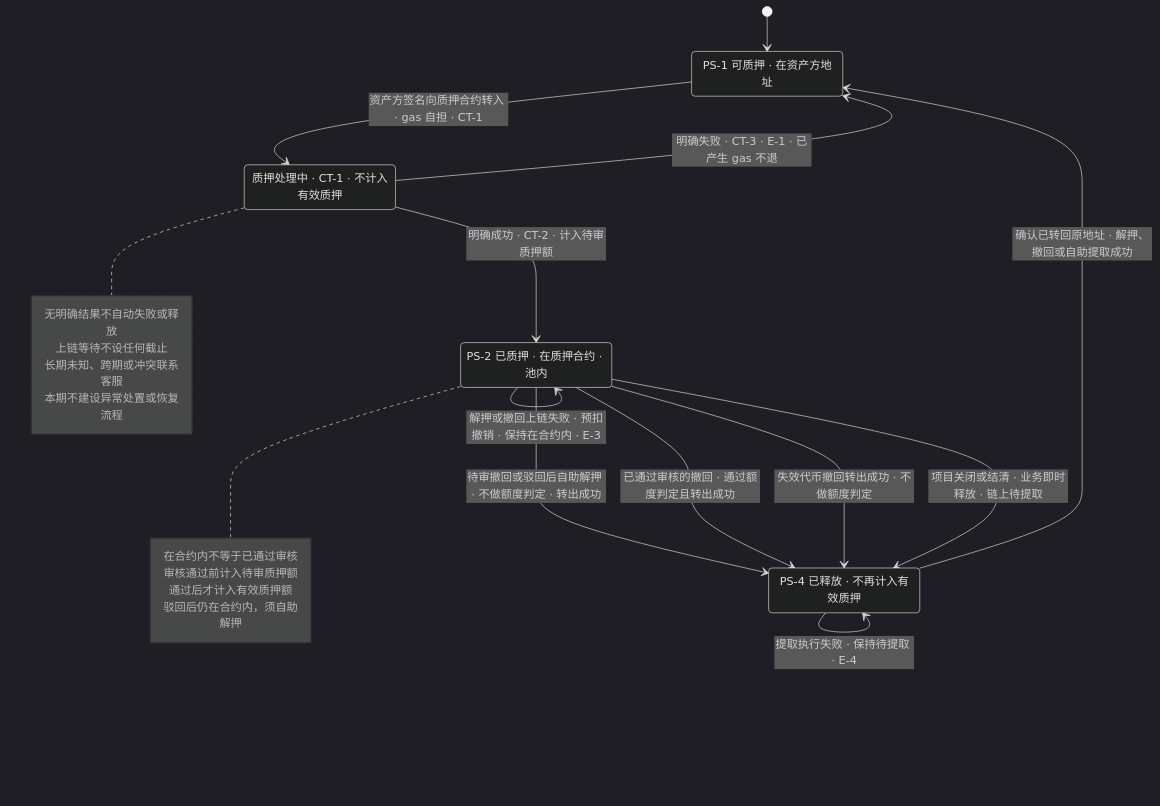
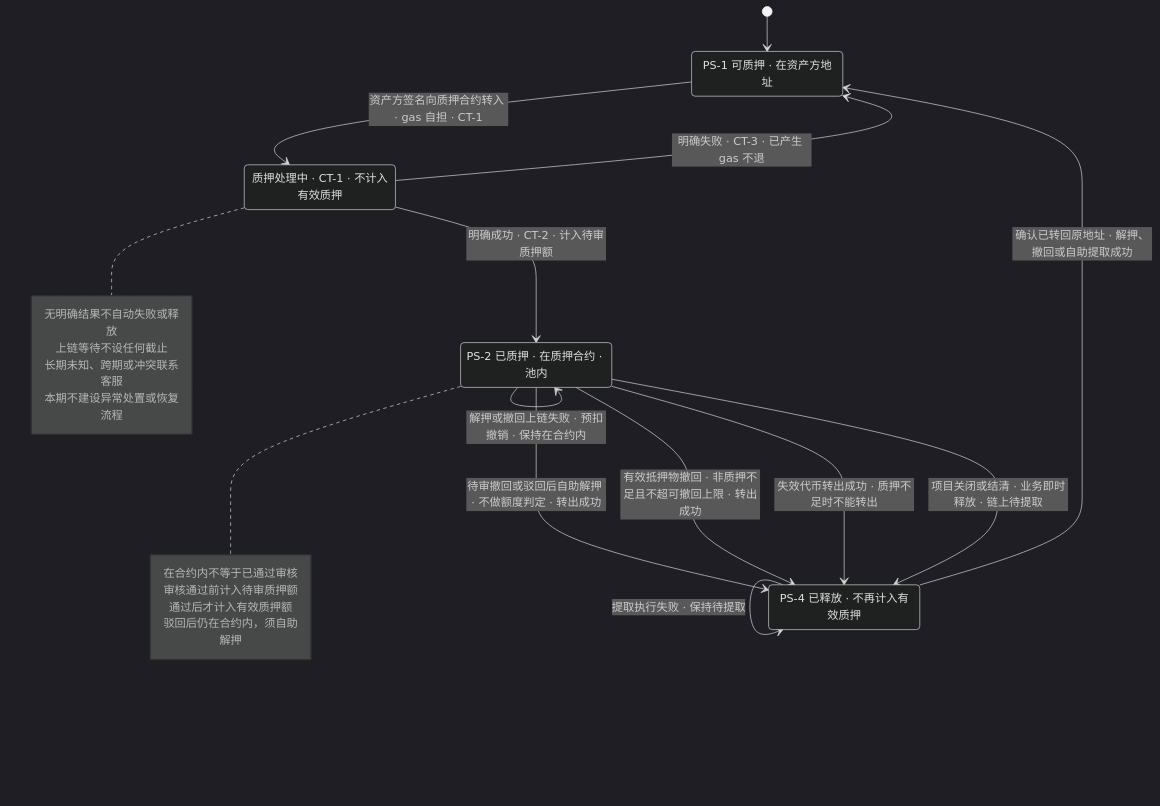
The ninth of 10 diagrams in lending-platform/PRD/面客端/05-借贷广场-融资需求与代币质押/02-融资需求与代币质押-流程图与状态机.md (wxblockchain/Chain-Financing), drawn with Mermaid (dark theme) before and after one commit. The commit also changed other lines of this file and 5 other files, not shown here.

````diff
--- a/lending-platform/PRD/面客端/05-借贷广场-融资需求与代币质押/02-融资需求与代币质押-流程图与状态机.md
+++ b/lending-platform/PRD/面客端/05-借贷广场-融资需求与代币质押/02-融资需求与代币质押-流程图与状态机.md
@@ -277,30 +249,30 @@
 ```mermaid
 stateDiagram-v2
   PS_1: PS-1 可质押 · 在资产方地址
   PS_2: PS-2 已质押 · 在质押合约 · 池内
   PS_4: PS-4 已释放 · 不再计入有效质押
   PROC: 质押处理中 · CT-1 · 不计入有效质押
   [*] --> PS_1
   PS_1 --> PROC: 资产方签名向质押合约转入 · gas 自担 · CT-1
   PROC --> PS_2: 明确成功 · CT-2 · 计入待审质押额
-  PROC --> PS_1: 明确失败 · CT-3 · E-1 · 已产生 gas 不退
+  PROC --> PS_1: 明确失败 · CT-3 · 已产生 gas 不退
   note right of PS_2
     在合约内不等于已通过审核
     审核通过前计入待审质押额
     通过后才计入有效质押额
     驳回后仍在合约内，须自助解押
   end note
   note right of PROC
     无明确结果不自动失败或释放
     上链等待不设任何截止
     长期未知、跨期或冲突联系客服
     本期不建设异常处置或恢复流程
   end note
   PS_2 --> PS_4: 待审撤回或驳回后自助解押 · 不做额度判定 · 转出成功
-  PS_2 --> PS_4: 已通过审核的撤回 · 通过额度判定且转出成功
-  PS_2 --> PS_4: 失效代币撤回转出成功 · 不做额度判定
+  PS_2 --> PS_4: 有效抵押物撤回 · 非质押不足且不超可撤回上限 · 转出成功
+  PS_2 --> PS_4: 失效代币转出成功 · 质押不足时不能转出
   PS_2 --> PS_4: 项目关闭或结清 · 业务即时释放 · 链上待提取
-  PS_2 --> PS_2: 解押或撤回上链失败 · 预扣撤销 · 保持在合约内 · E-3
+  PS_2 --> PS_2: 解押或撤回上链失败 · 预扣撤销 · 保持在合约内
   PS_4 --> PS_1: 确认已转回原地址 · 解押、撤回或自助提取成功
-  PS_4 --> PS_4: 提取执行失败 · 保持待提取 · E-4
+  PS_4 --> PS_4: 提取执行失败 · 保持待提取
 ```
````
